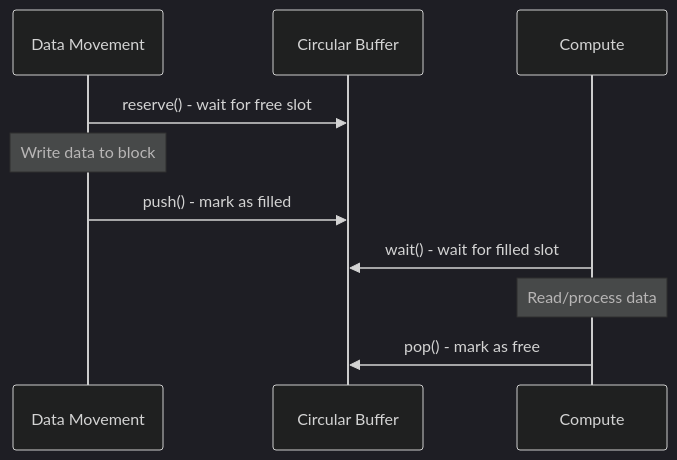
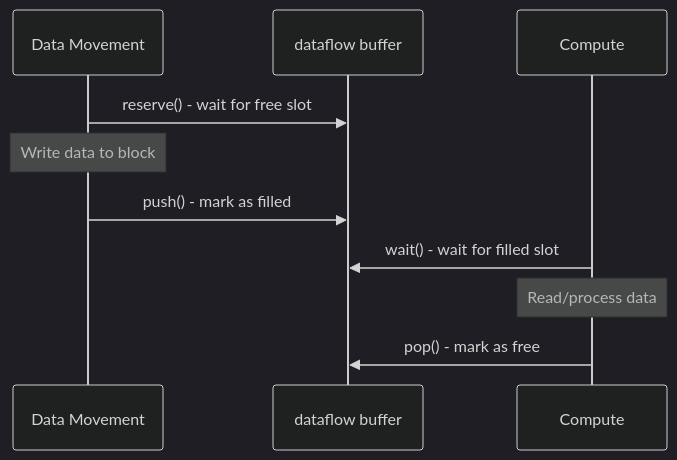
The second of 2 diagrams in docs/sphinx/ttl-tutorial/circular-buffers.md (tenstorrent/tt-lang), drawn with Mermaid (dark theme) before and after one commit. The commit also changed other lines of this file and 7 other files, not shown here.

````diff
--- a/docs/sphinx/ttl-tutorial/circular-buffers.md
+++ b/docs/sphinx/ttl-tutorial/circular-buffers.md
@@ -25,13 +25,13 @@
 ```{mermaid}
 sequenceDiagram
     participant Producer as Data Movement
-    participant CB as Circular Buffer
+    participant DFB as dataflow buffer
     participant Consumer as Compute
 
-    Producer->>CB: reserve() - wait for free slot
+    Producer->>DFB: reserve() - wait for free slot
     Note over Producer: Write data to block
-    Producer->>CB: push() - mark as filled
-    Consumer->>CB: wait() - wait for filled slot
+    Producer->>DFB: push() - mark as filled
+    Consumer->>DFB: wait() - wait for filled slot
     Note over Consumer: Read/process data
-    Consumer->>CB: pop() - mark as free
+    Consumer->>DFB: pop() - mark as free
 ```
````
